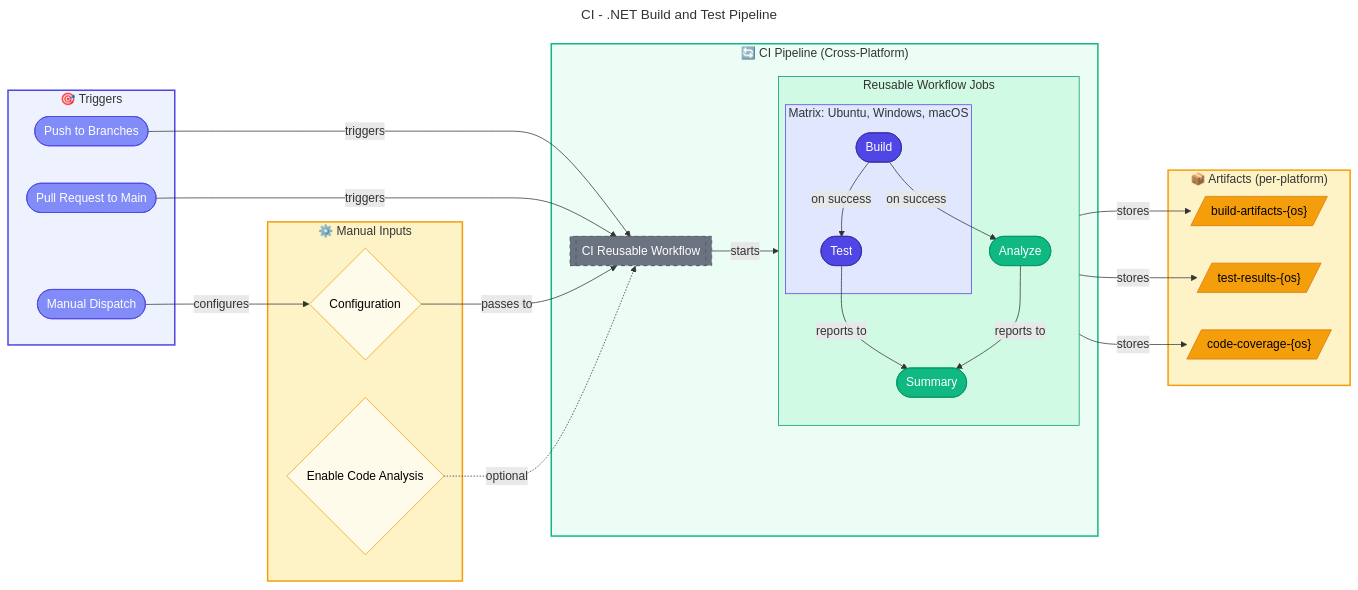
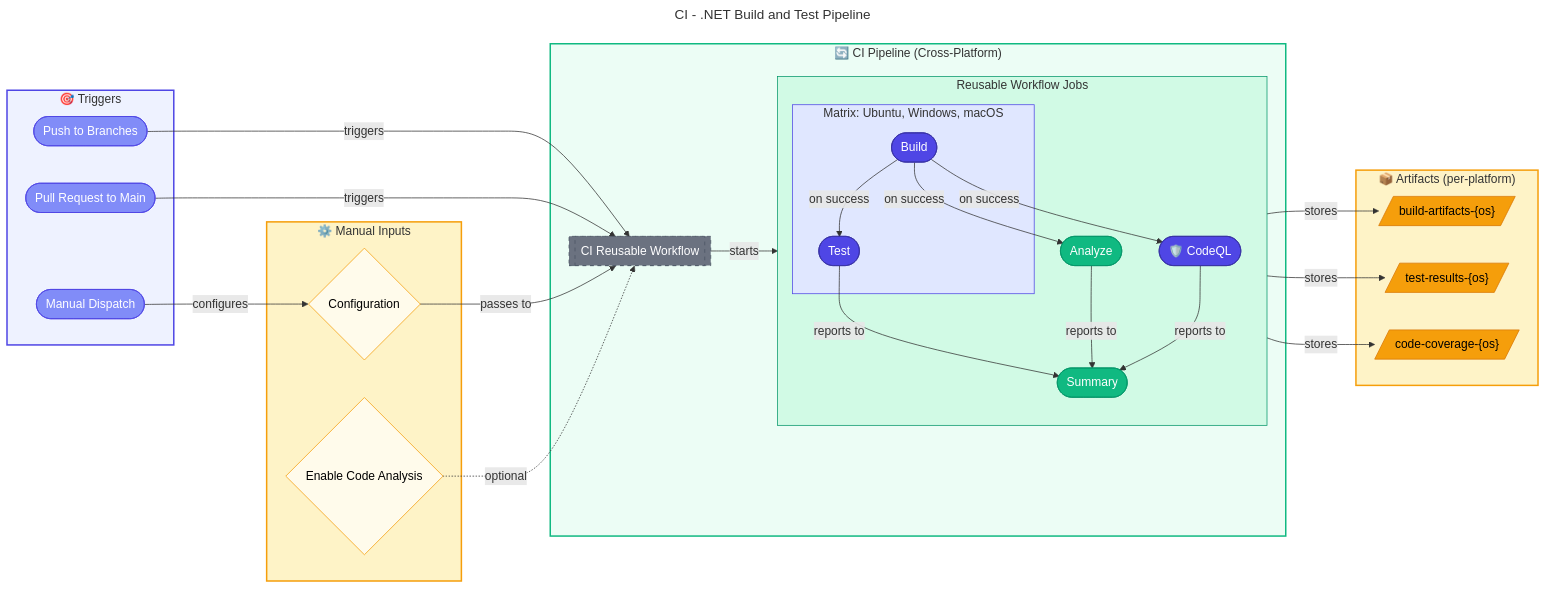
Before and after one commit to Evilazaro/Azure-LogicApps-Monitoring: the diagram in docs/devops/ci-dotnet.md, drawn with Mermaid. The commit also changed other lines of this file and 3 other files, not shown here.

````diff
--- a/docs/devops/ci-dotnet.md
+++ b/docs/devops/ci-dotnet.md
@@ -85,6 +86,7 @@
                 test(["Test"])
             end
             analyze(["Analyze"])
+            codeql(["🛡️ CodeQL"])
             summary(["Summary"])
         end
     end
@@ -107,8 +109,10 @@
     ci_call -->|starts| build
     build -->|on success| test
     build -->|on success| analyze
+    build -->|on success| codeql
     test -->|reports to| summary
     analyze -->|reports to| summary
+    codeql -->|reports to| summary
 
     %% Artifact flow - store outputs
     build -->|stores| build_art
@@ -143,5 +147,6 @@
     class ci_call external
     class build,test primary
     class analyze,summary secondary
+    class codeql primary
     class build_art,test_art,cov_art datastore
 ```
````
